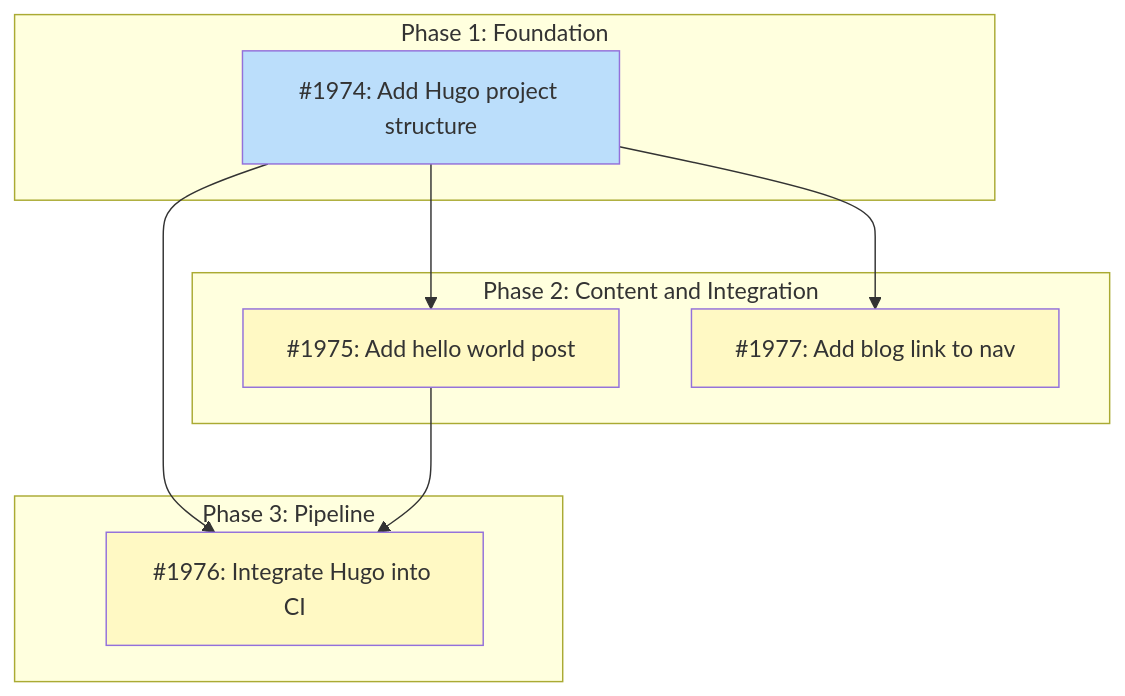
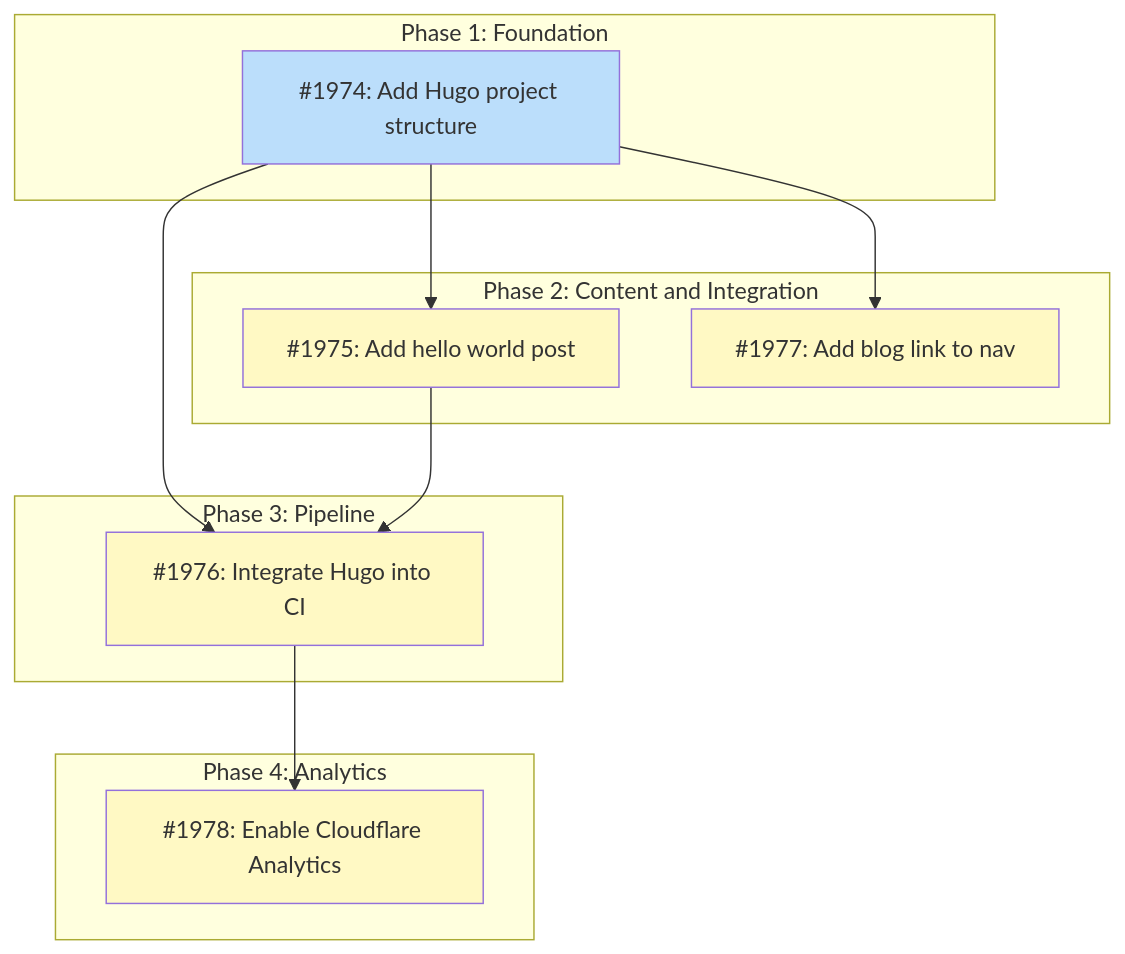
The diagram in docs/designs/DESIGN-blog-infrastructure.md (tsukumogami/tsuku), drawn with Mermaid before and after one commit. The commit also changed other lines of this file, not shown here.

Commit message:
docs(blog): add analytics issue to implementation plan

````diff
--- a/docs/designs/DESIGN-blog-infrastructure.md
+++ b/docs/designs/DESIGN-blog-infrastructure.md
@@ -53,29 +55,34 @@
 ```mermaid
 graph TD
     subgraph Phase1["Phase 1: Foundation"]
         I1974["#1974: Add Hugo project structure"]
     end
 
     subgraph Phase2["Phase 2: Content and Integration"]
         I1975["#1975: Add hello world post"]
         I1977["#1977: Add blog link to nav"]
     end
 
     subgraph Phase3["Phase 3: Pipeline"]
         I1976["#1976: Integrate Hugo into CI"]
     end
 
+    subgraph Phase4["Phase 4: Analytics"]
+        I1978["#1978: Enable Cloudflare Analytics"]
+    end
+
     I1974 --> I1975
     I1974 --> I1976
     I1974 --> I1977
     I1975 --> I1976
+    I1976 --> I1978
 
     classDef done fill:#c8e6c9
     classDef ready fill:#bbdefb
     classDef blocked fill:#fff9c4
     classDef needsDesign fill:#e1bee7
     classDef tracksDesign fill:#FFE0B2,stroke:#F57C00,color:#000
 
     class I1974 ready
-    class I1975,I1976,I1977 blocked
+    class I1975,I1976,I1977,I1978 blocked
 ```
````
